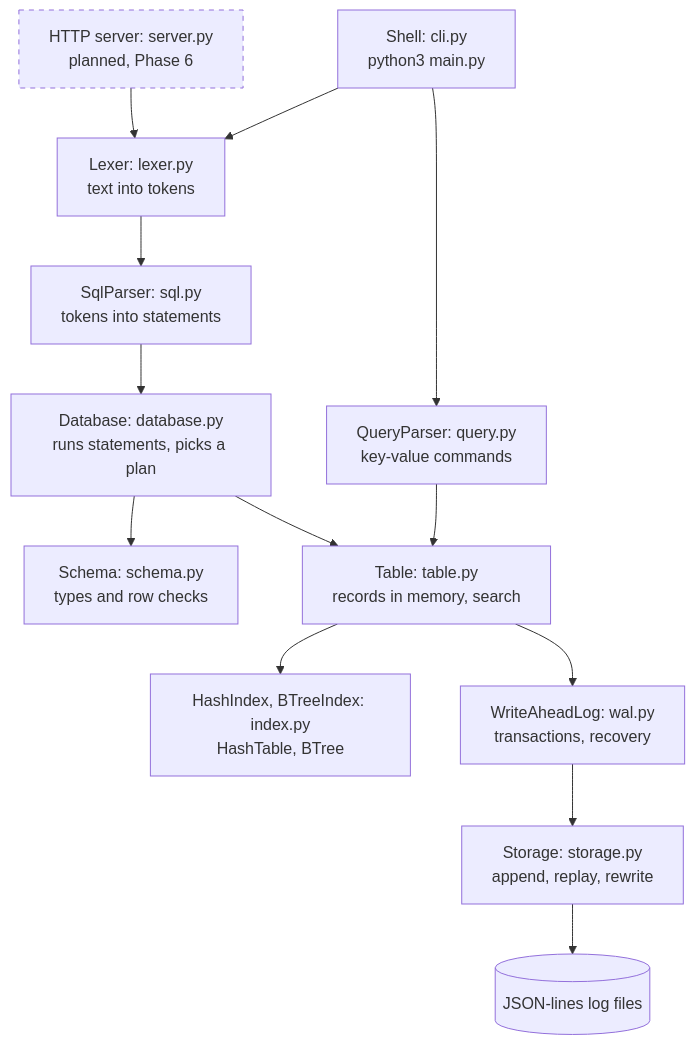
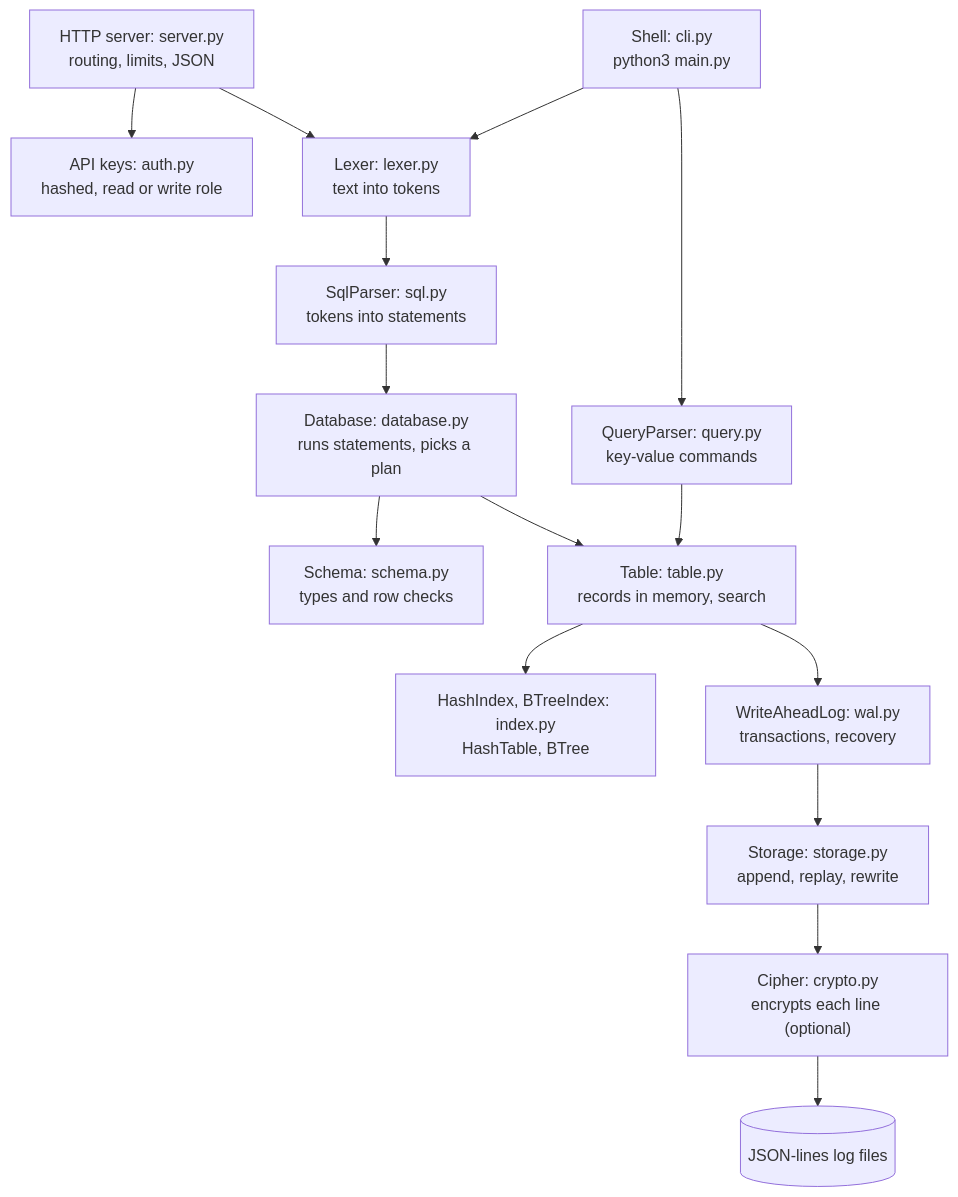
One commit to Navalene/tinydb changed the first of 5 diagrams in docs/architecture.md. Above: the diagram before and after it, drawn with Mermaid. The commit also changed other lines of this file and 21 other files, not shown here.

Commit message:
Phase 6: secure HTTP API with QUERY, API keys, hardening and encryption at rest

````diff
--- a/docs/architecture.md
+++ b/docs/architecture.md
@@ -16,31 +16,32 @@
 ```mermaid
 flowchart TD
     shell["Shell: cli.py<br/>python3 main.py"]
-    server["HTTP server: server.py<br/>planned, Phase 6"]
+    server["HTTP server: server.py<br/>routing, limits, JSON"]
+    auth["API keys: auth.py<br/>hashed, read or write role"]
     kvparser["QueryParser: query.py<br/>key-value commands"]
     lexer["Lexer: lexer.py<br/>text into tokens"]
     sqlparser["SqlParser: sql.py<br/>tokens into statements"]
     database["Database: database.py<br/>runs statements, picks a plan"]
     schema["Schema: schema.py<br/>types and row checks"]
     table["Table: table.py<br/>records in memory, search"]
     indexes["HashIndex, BTreeIndex: index.py<br/>HashTable, BTree"]
     wal["WriteAheadLog: wal.py<br/>transactions, recovery"]
     storage["Storage: storage.py<br/>append, replay, rewrite"]
+    crypto["Cipher: crypto.py<br/>encrypts each line (optional)"]
     disk[("JSON-lines log files")]
 
     shell --> kvparser
     shell --> lexer
+    server --> auth
     server --> lexer
     lexer --> sqlparser
     sqlparser --> database
     kvparser --> table
     database --> schema
     database --> table
     table --> indexes
     table --> wal
     wal --> storage
-    storage --> disk
-
-    classDef planned stroke-dasharray: 5 5
-    class server planned
+    storage --> crypto
+    crypto --> disk
 ```
````
